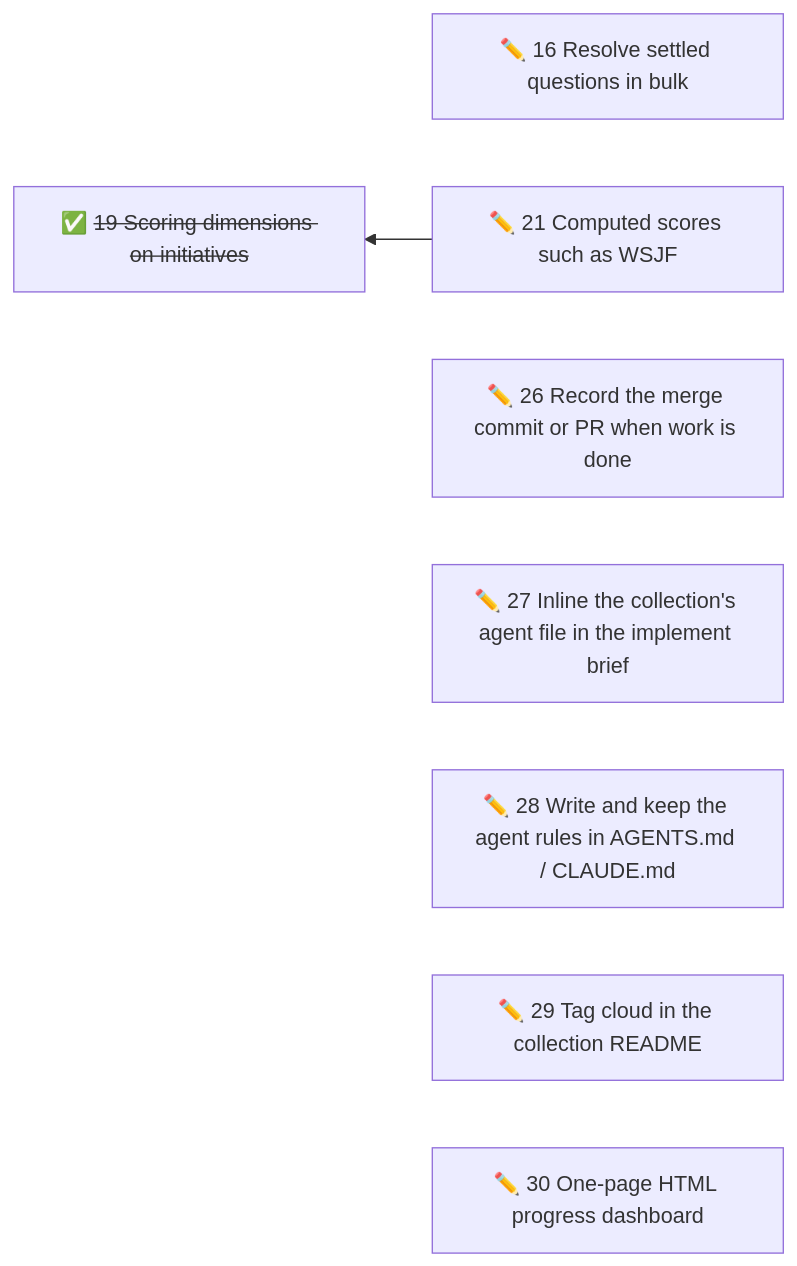
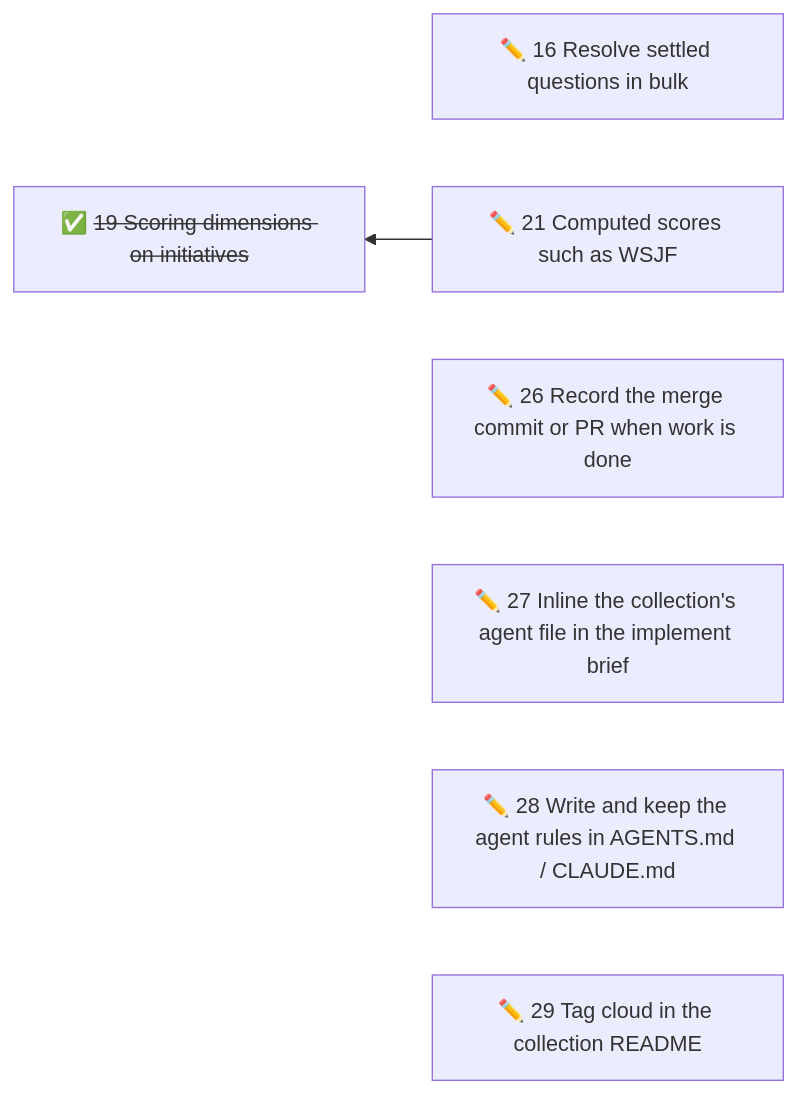
One commit to duckAsteroid/brindley changed the diagram in initiatives/README.md. Above: the diagram before and after it, drawn with Mermaid. The commit also changed other lines of this file and 27 other files, not shown here.

First line of the commit message:
feat: one-page progress report from git history

````diff
--- a/initiatives/README.md
+++ b/initiatives/README.md
@@ -36,20 +35,18 @@
 ```mermaid
 flowchart RL
   n16["✏️ 16 Resolve settled questions in bulk"]
   n21["✏️ 21 Computed scores such as WSJF"]
   n26["✏️ 26 Record the merge commit or PR when work is done"]
   n27["✏️ 27 Inline the collection's agent file in the implement brief"]
   n28["✏️ 28 Write and keep the agent rules in AGENTS.md / CLAUDE.md"]
   n29["✏️ 29 Tag cloud in the collection README"]
-  n30["✏️ 30 One-page HTML progress dashboard"]
   n19["✅ <s>19 Scoring dimensions on initiatives</s>"]
   n21 --> n19
   click n16 href "16-resolve-settled-questions-in-bulk.md"
   click n21 href "21-computed-scores-such-as-wsjf.md"
   click n26 href "26-record-the-merge-commit-or-pr-when-work-is-done.md"
   click n27 href "27-inline-the-collection-s-agent-file-in-the-implement-brief.md"
   click n28 href "28-write-and-keep-the-agent-rules-in-agents-md-claude-md.md"
   click n29 href "29-tag-cloud-in-the-collection-readme.md"
-  click n30 href "30-one-page-html-progress-dashboard.md"
   click n19 href "done/19-rank-initiatives-by-scoring-dimensions.md"
 ```
````
